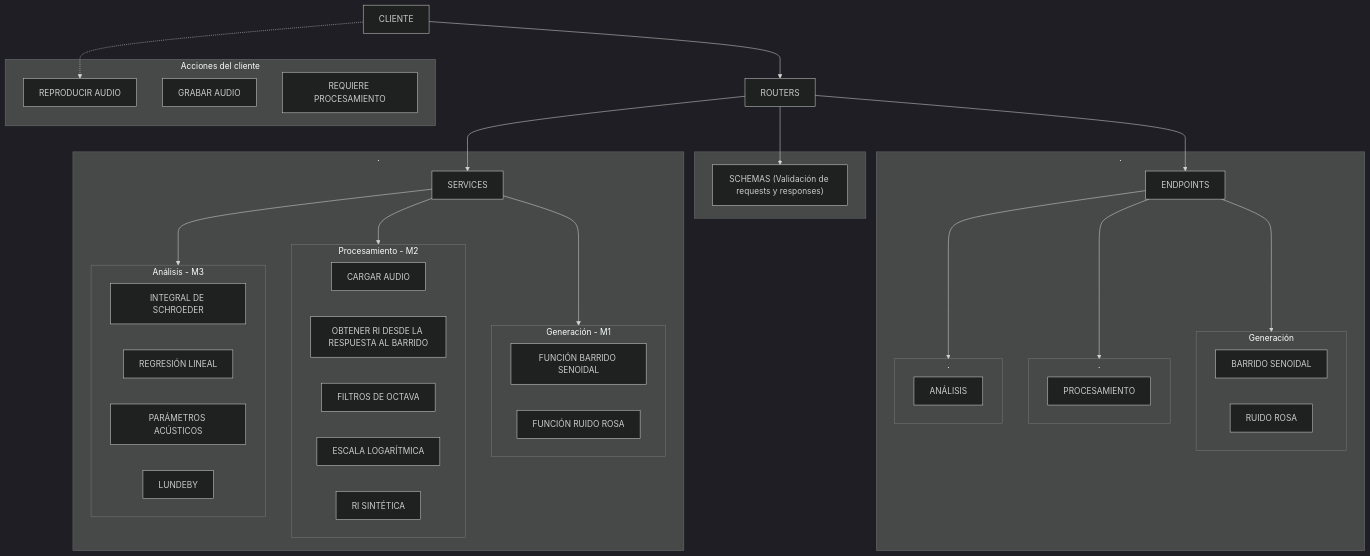
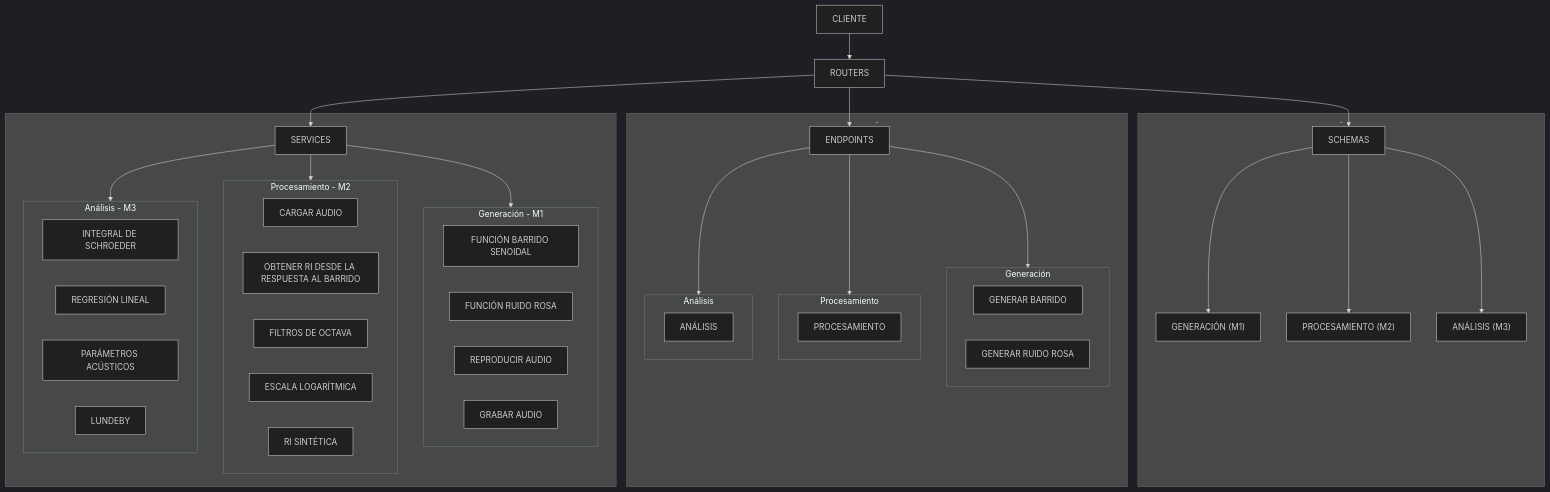
The diagram in README.md (frangilfrias/Signals-systems-gil-frias), drawn with Mermaid (dark theme) before and after one commit.

Commit message:
Actualizamos el diagrama de arquitectura

````diff
--- a/README.md
+++ b/README.md
@@ -93,65 +93,64 @@
 ```mermaid
 flowchart TD
     CLIENTE["CLIENTE"]
+    CLIENTE --> ROUTERS["ROUTERS"]
 
-    subgraph CA["Acciones del cliente"]
-        REPRODUCIR["REPRODUCIR AUDIO"]
-        GRABAR["GRABAR AUDIO"]
-        REQ["REQUIERE PROCESAMIENTO"]
+    ROUTERS --> SCHEMAS["SCHEMAS"]
+
+    subgraph SCH["."]
+        SCHEMAS
+        M1["GENERACIÓN (M1)"]
+        M2["PROCESAMIENTO (M2)"]
+        M3["ANÁLISIS (M3)"]
+        SCHEMAS --> M1
+        SCHEMAS --> M2
+        SCHEMAS --> M3
     end
-
-    CLIENTE --> ROUTERS["ROUTERS"]
-    CLIENTE -.-> REPRODUCIR
-
-    subgraph SCH[.]
-        SCHEMAS["SCHEMAS (Validación de requests y responses)"]
-
-    end
-
-    ROUTERS --> SCHEMAS
 
     ROUTERS --> EP["ENDPOINTS"]
 
-    subgraph EPS[.]
+    subgraph EPS["."]
         EP
         subgraph GEN["Generación"]
-            BARRIDO["BARRIDO SENOIDAL"]
-            RUIDO["RUIDO ROSA"]
+            BARRIDO["GENERAR BARRIDO"]
+            RUIDO["GENERAR RUIDO ROSA"]
         end
-        subgraph PRO[.]
+        subgraph PRO["Procesamiento"]
             PROCESAMIENTO["PROCESAMIENTO"]
         end
-        subgraph ANA[.]
+        subgraph ANA["Análisis"]
             ANALISIS["ANÁLISIS"]
         end
         EP --> GEN
         EP --> PRO
         EP --> ANA
     end
 
     ROUTERS --> SERVICES["SERVICES"]
 
-    subgraph SVC[.]
+    subgraph SVC["."]
         SERVICES
         subgraph SG["Generación - M1"]
             S1["FUNCIÓN BARRIDO SENOIDAL"]
             S2["FUNCIÓN RUIDO ROSA"]
+            S_REP["REPRODUCIR AUDIO"]
+            S_GRAB["GRABAR AUDIO"]
         end
         subgraph SP["Procesamiento - M2"]
             S3["CARGAR AUDIO"]
             S4["OBTENER RI DESDE LA RESPUESTA AL BARRIDO"]
             S5["FILTROS DE OCTAVA"]
             S6["ESCALA LOGARÍTMICA"]
             S7["RI SINTÉTICA"]
         end
         subgraph SA["Análisis - M3"]
             S8["INTEGRAL DE SCHROEDER"]
             S9["REGRESIÓN LINEAL"]
             S10["PARÁMETROS ACÚSTICOS"]
             S11["LUNDEBY"]
         end
         SERVICES --> SG
         SERVICES --> SP
         SERVICES --> SA
     end
 ```
````
